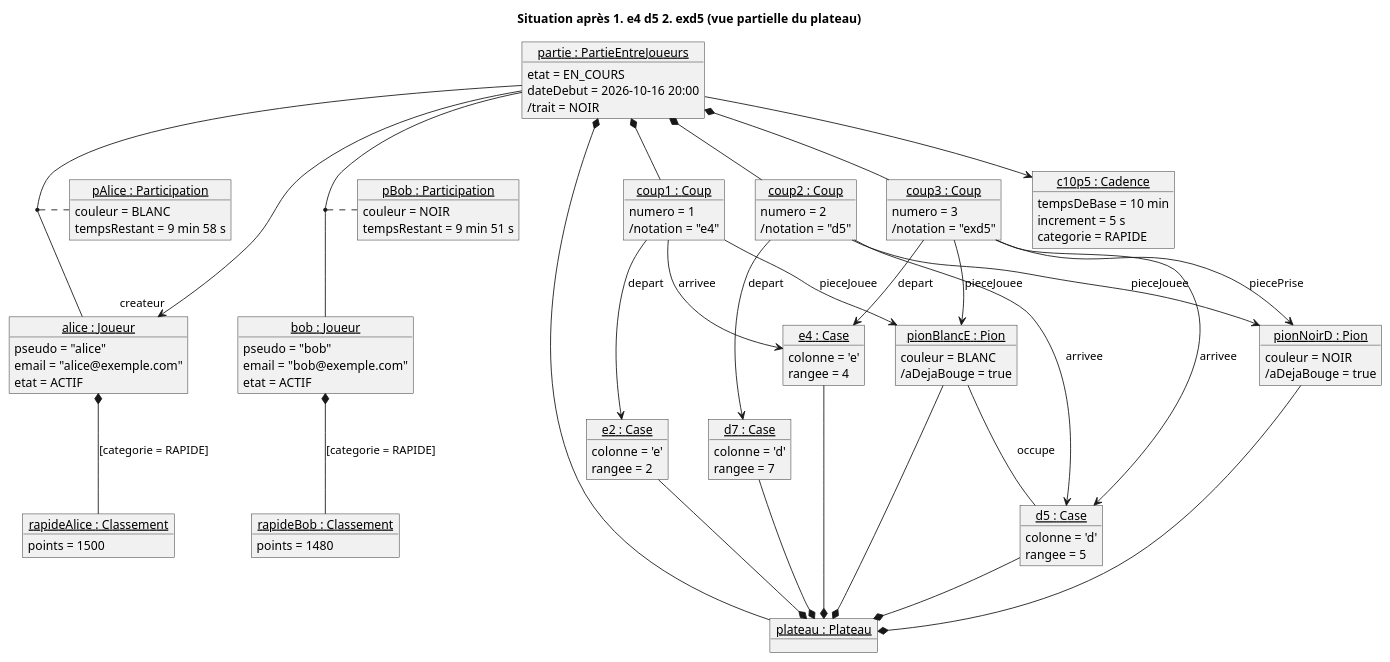
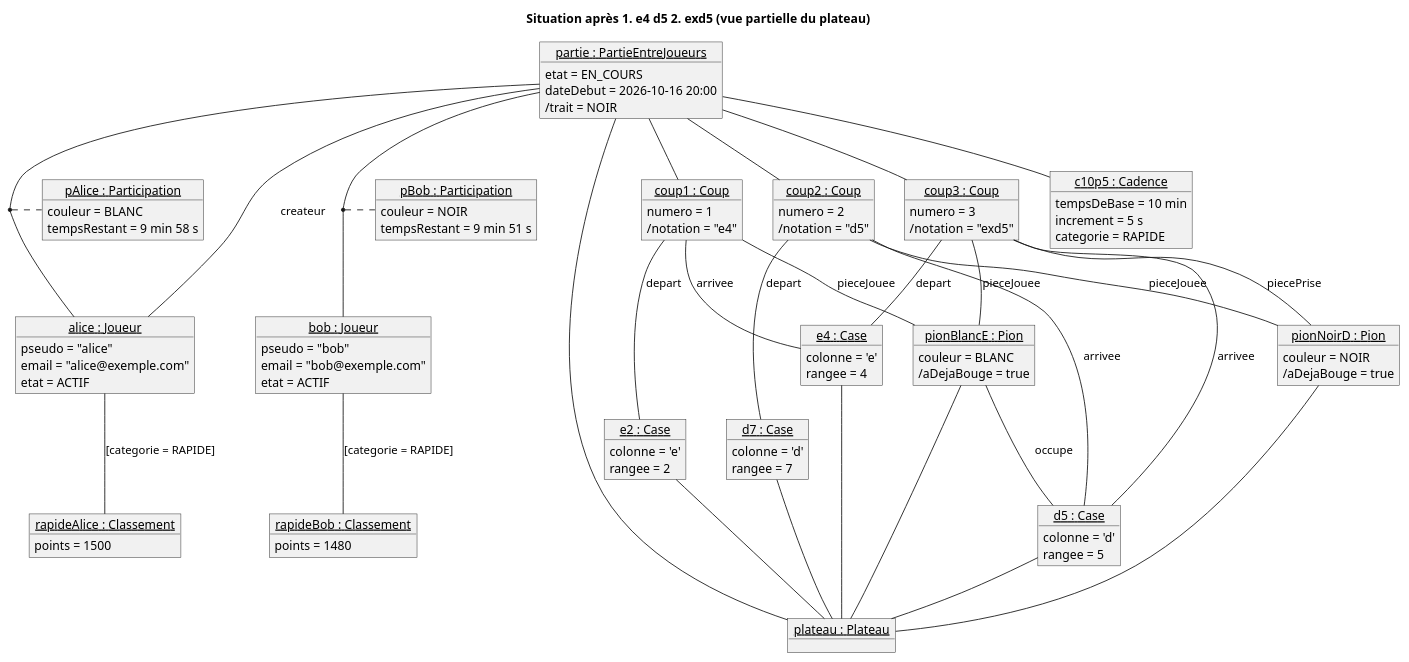
One commit to kevinBissouth/projet_echecs_tic315 changed the diagram in diagrams/objets-validation.puml. Above: the diagram before and after it, drawn with PlantUML. The commit also changed 1 other file, not shown here.

```diff
--- a/diagrams/objets-validation.puml
+++ b/diagrams/objets-validation.puml
@@ -1,139 +1,139 @@
 @startuml objets-validation
 ' Diagramme d'objets de validation (jalon J2) — vue partielle du plateau.
 ' Situation : partie en cours Alice (blancs) contre Bob (noirs), cadence 10 min + 5 s,
 ' après 1. e4 d5 2. exd5. Seules les cases et pièces concernées sont montrées.
 ' Points vérifiés : Participation, historique ordonné, rôles depart / arrivee /
 ' pieceJouee / piecePrise, pièce prise qui n'occupe plus de case, trait dérivé.
+' Un lien est un trait plein, sans multiplicité ni symbole (cours, §2.2) : les losanges
+' et les flèches appartiennent au diagramme de classes.
 
 title Situation après 1. e4 d5 2. exd5 (vue partielle du plateau)
 
 object "<u>partie : PartieEntreJoueurs</u>" as partie {
   etat = EN_COURS
   dateDebut = 2026-10-16 20:00
   /trait = NOIR
 }
 
 object "<u>alice : Joueur</u>" as alice {
   pseudo = "alice"
   email = "alice@exemple.com"
   etat = ACTIF
 }
 
 object "<u>bob : Joueur</u>" as bob {
   pseudo = "bob"
   email = "bob@exemple.com"
   etat = ACTIF
 }
 
 object "<u>pAlice : Participation</u>" as pAlice {
   couleur = BLANC
   tempsRestant = 9 min 58 s
 }
 
 object "<u>pBob : Participation</u>" as pBob {
   couleur = NOIR
   tempsRestant = 9 min 51 s
 }
 
 object "<u>c10p5 : Cadence</u>" as c10p5 {
   tempsDeBase = 10 min
   increment = 5 s
   categorie = RAPIDE
 }
 
 ' Seuls les classements de la catégorie de la partie sont montrés (vue partielle)
 object "<u>rapideAlice : Classement</u>" as rapideAlice {
   points = 1500
 }
 object "<u>rapideBob : Classement</u>" as rapideBob {
   points = 1480
 }
 
 object "<u>plateau : Plateau</u>" as plateau
 
 object "<u>e2 : Case</u>" as e2 {
   colonne = 'e'
   rangee = 2
 }
 object "<u>e4 : Case</u>" as e4 {
   colonne = 'e'
   rangee = 4
 }
 object "<u>d7 : Case</u>" as d7 {
   colonne = 'd'
   rangee = 7
 }
 object "<u>d5 : Case</u>" as d5 {
   colonne = 'd'
   rangee = 5
 }
 
 object "<u>pionBlancE : Pion</u>" as pionBlancE {
   couleur = BLANC
   /aDejaBouge = true
 }
 object "<u>pionNoirD : Pion</u>" as pionNoirD {
   couleur = NOIR
   /aDejaBouge = true
 }
 
 object "<u>coup1 : Coup</u>" as coup1 {
   numero = 1
   /notation = "e4"
 }
 object "<u>coup2 : Coup</u>" as coup2 {
   numero = 2
   /notation = "d5"
 }
 object "<u>coup3 : Coup</u>" as coup3 {
   numero = 3
   /notation = "exd5"
 }
 
 ' Participants et partie
 partie -- alice
 partie -- bob
 (partie, alice) .. pAlice
 (partie, bob) .. pBob
-partie --> "createur" alice
-partie --> c10p5
-alice *-- rapideAlice : [categorie = RAPIDE]
-bob *-- rapideBob : [categorie = RAPIDE]
+partie -- alice : createur
+partie -- c10p5
+alice -- rapideAlice : [categorie = RAPIDE]
+bob -- rapideBob : [categorie = RAPIDE]
 
-' Plateau (composition) : cases et pièces montrées. Les liens sont écrits
-' « e2 --* plateau » pour placer le plateau en bas ; le losange reste
-' côté tout (le plateau), comme l'exige la composition.
-e2 --* plateau
-e4 --* plateau
-d7 --* plateau
-d5 --* plateau
-pionBlancE --* plateau
-pionNoirD --* plateau
+' Plateau : cases et pièces montrées.
+e2 -- plateau
+e4 -- plateau
+d7 -- plateau
+d5 -- plateau
+pionBlancE -- plateau
+pionNoirD -- plateau
 
 ' Seul le pion blanc occupe une case ; le pion noir pris n'en occupe plus
 pionBlancE -- d5 : occupe
 
 ' Historique ordonné des coups
-partie *-- coup1
-partie *-- coup2
-partie *-- coup3
+partie -- coup1
+partie -- coup2
+partie -- coup3
 coup1 -[hidden]right- coup2
 coup2 -[hidden]right- coup3
 
-coup1 --> e2 : depart
-coup1 --> e4 : arrivee
-coup1 --> pionBlancE : pieceJouee
+coup1 -- e2 : depart
+coup1 -- e4 : arrivee
+coup1 -- pionBlancE : pieceJouee
 
-coup2 --> d7 : depart
-coup2 --> d5 : arrivee
-coup2 --> pionNoirD : pieceJouee
+coup2 -- d7 : depart
+coup2 -- d5 : arrivee
+coup2 -- pionNoirD : pieceJouee
 
-coup3 --> e4 : depart
-coup3 --> d5 : arrivee
-coup3 --> pionBlancE : pieceJouee
-coup3 --> pionNoirD : piecePrise
+coup3 -- e4 : depart
+coup3 -- d5 : arrivee
+coup3 -- pionBlancE : pieceJouee
+coup3 -- pionNoirD : piecePrise
 
-' Composition partie-plateau, déclarée en dernier pour ne pas contraindre la disposition
-partie *-- plateau
+' Lien partie-plateau, déclaré en dernier pour ne pas contraindre la disposition
+partie -- plateau
 
 @enduml
```
